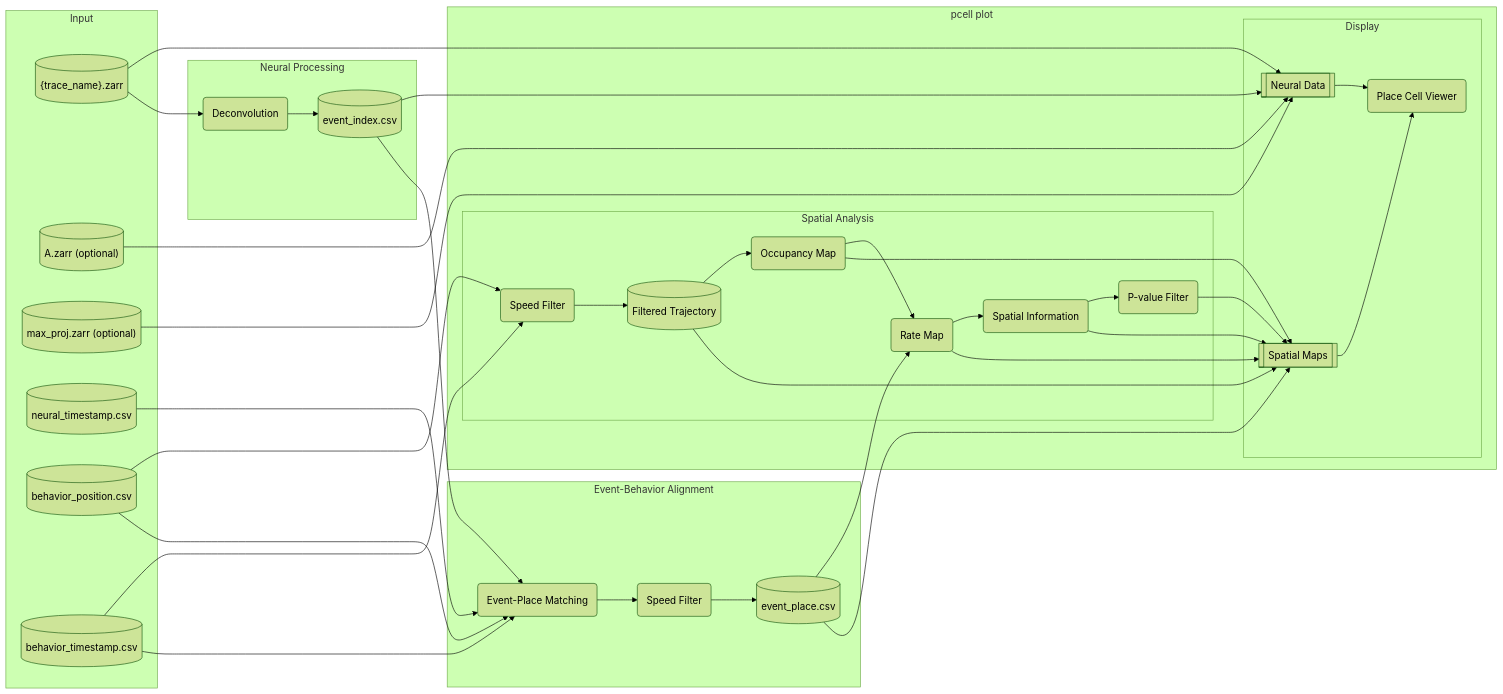
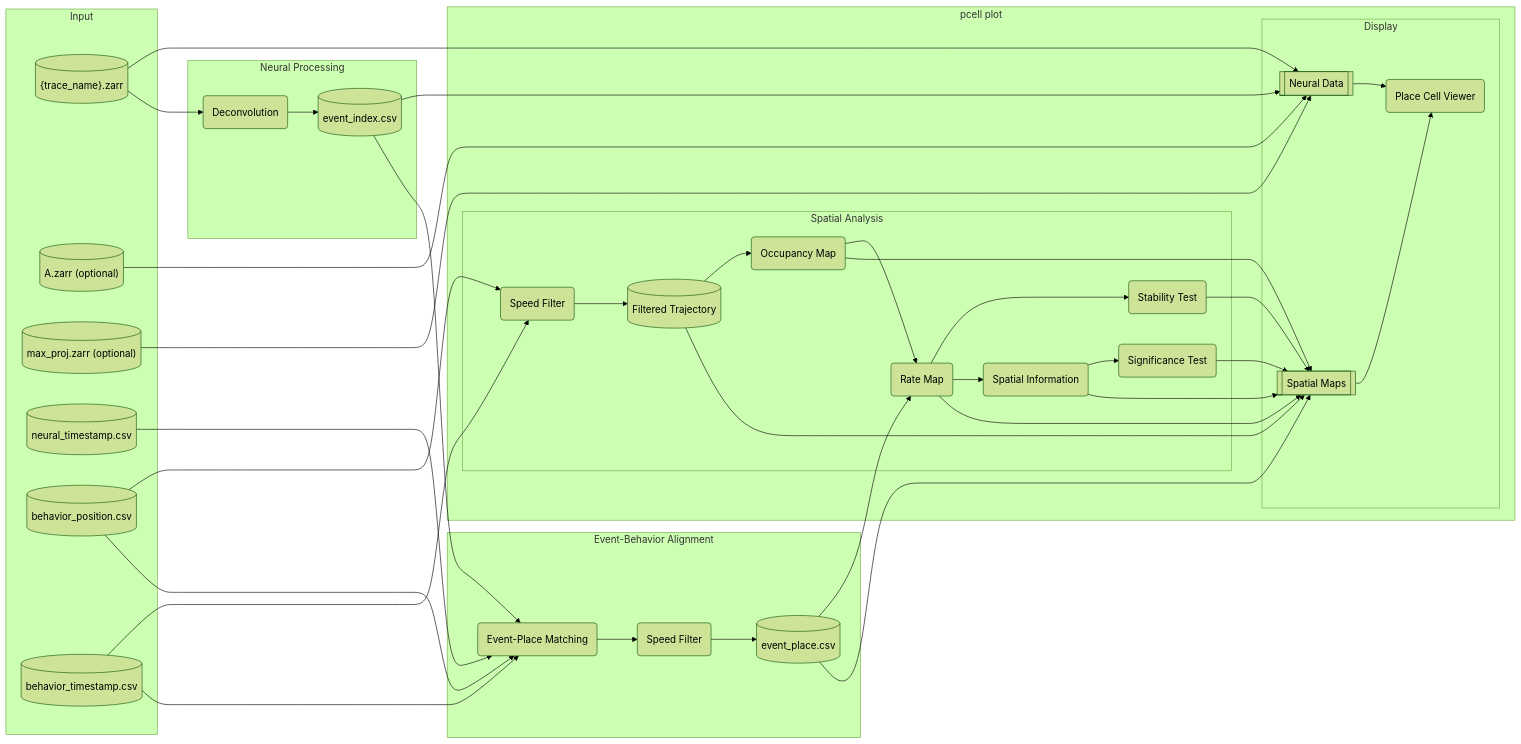
One commit to miniscope/placecell changed the diagram in docs/pipeline.md. Above: the diagram before and after it, drawn with Mermaid (forest theme). The commit also changed other lines of this file and 1 other file, not shown here.

Commit message:
add stability test to docs

````diff
--- a/docs/pipeline.md
+++ b/docs/pipeline.md
@@ -10,54 +10,56 @@
 ```mermaid
 flowchart LR
     subgraph Input
         A[("{trace_name}.zarr")]
         A2[("A.zarr (optional)")]
         A3[("max_proj.zarr (optional)")]
         B[(neural_timestamp.csv)]
         C[(behavior_position.csv)]
         D[(behavior_timestamp.csv)]
     end
 
     subgraph Neural Processing
         A --> E(Deconvolution)
         E --> F[(event_index.csv)]
     end
 
     subgraph Event-Behavior Alignment
         F --> G(Event-Place Matching)
         B --> G
         C --> G
         D --> G
         G --> R(Speed Filter)
         R --> H[(event_place.csv)]
     end
 
     subgraph pcell plot
         A --> O
         A2 --> O
         A3 --> O
         F --> O
         Q --> P
         H --> P
         J --> P
         K --> P
         L --> P
         N --> P
+        S --> P
         subgraph Spatial Analysis
             C --> I(Speed Filter)
             D --> I
             I --> Q[(Filtered Trajectory)]
             Q --> J(Occupancy Map)
             H --> K(Rate Map)
             J --> K
             K --> L(Spatial Information)
-            L --> N(P-value Filter)
+            K --> S(Stability Test)
+            L --> N(Significance Test)
         end
 
         subgraph Display
             O[[Neural Data]] --> M(Place Cell Viewer)
             P[[Spatial Maps]] --> M
         end
 
     end
 ```
````
